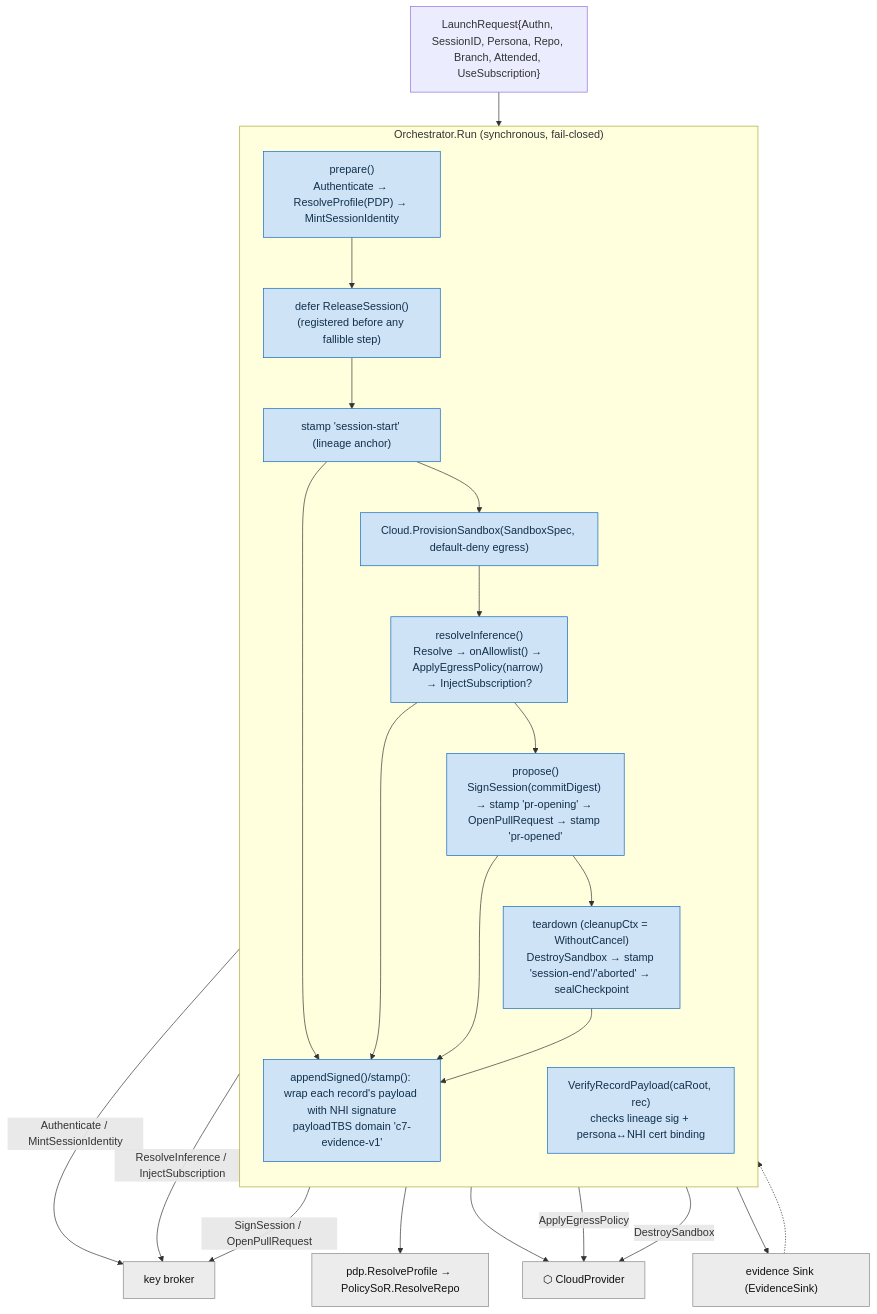
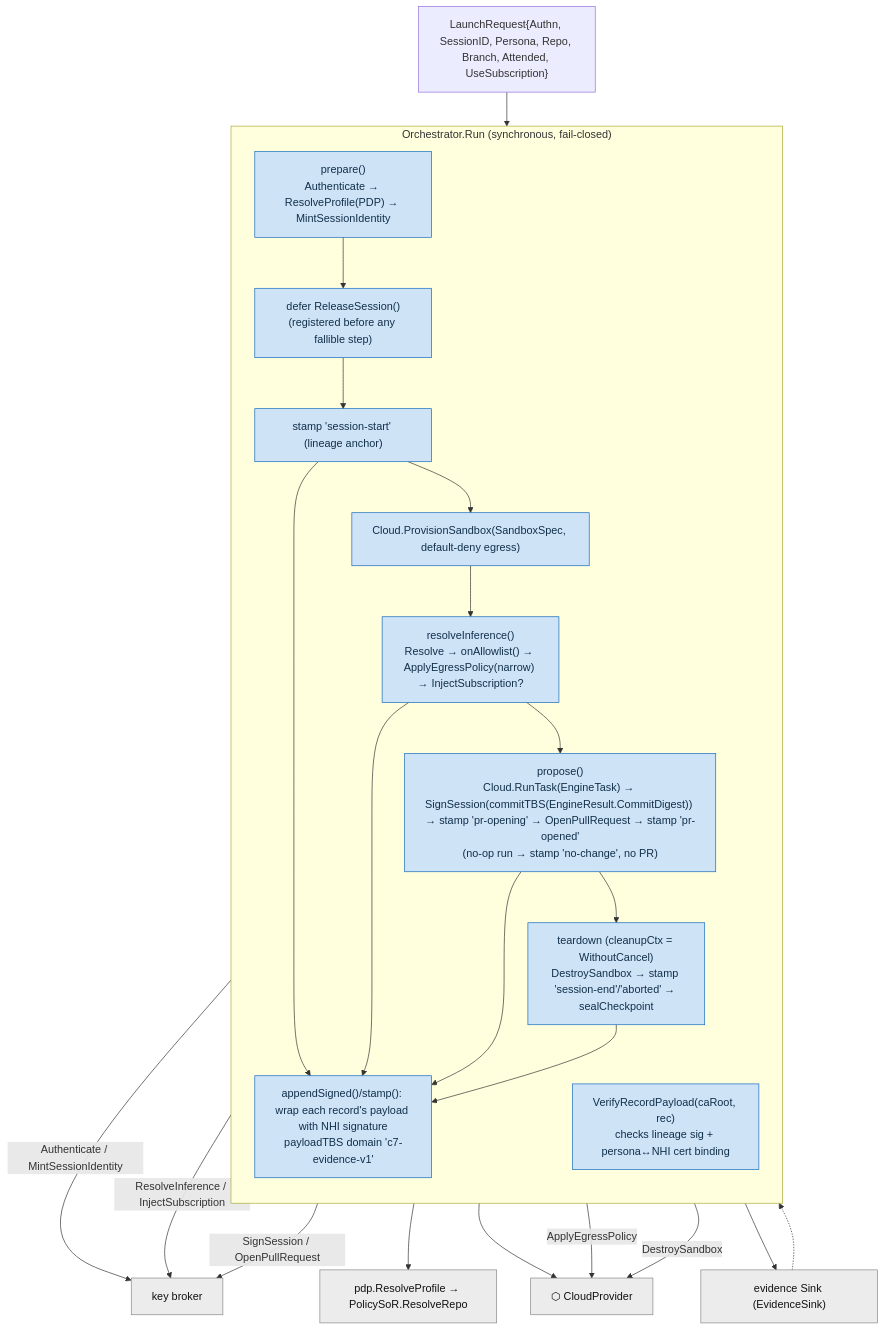
The second of 3 diagrams in docs/architecture/03-component-view.md (console7/console7), drawn with Mermaid before and after one commit. The commit also changed 20 other files, not shown here.

````diff
--- a/docs/architecture/03-component-view.md
+++ b/docs/architecture/03-component-view.md
@@ -89,39 +89,39 @@
 ```mermaid
 flowchart TB
   REQ["LaunchRequest{Authn, SessionID, Persona, Repo, Branch, Attended, UseSubscription}"]
 
   subgraph ORCH["Orchestrator.Run (synchronous, fail-closed)"]
     direction TB
     PREP["prepare()<br/>Authenticate &rarr; ResolveProfile(PDP) &rarr; MintSessionIdentity"]
     REL["defer ReleaseSession()<br/>(registered before any fallible step)"]
     ST1["stamp 'session-start' (lineage anchor)"]
     PROV["Cloud.ProvisionSandbox(SandboxSpec, default-deny egress)"]
     RINF["resolveInference()<br/>Resolve &rarr; onAllowlist() &rarr; ApplyEgressPolicy(narrow) &rarr; InjectSubscription?"]
-    PROP["propose()<br/>SignSession(commitDigest) &rarr; stamp 'pr-opening' &rarr; OpenPullRequest &rarr; stamp 'pr-opened'"]
+    PROP["propose()<br/>Cloud.RunTask(EngineTask) &rarr; SignSession(commitTBS(EngineResult.CommitDigest)) &rarr; stamp 'pr-opening' &rarr; OpenPullRequest &rarr; stamp 'pr-opened'<br/>(no-op run &rarr; stamp 'no-change', no PR)"]
     TDN["teardown (cleanupCtx = WithoutCancel)<br/>DestroySandbox &rarr; stamp 'session-end'/'aborted' &rarr; sealCheckpoint"]
     APP["appendSigned()/stamp(): wrap each record's payload with NHI signature<br/>payloadTBS domain 'c7-evidence-v1'"]
     VRP["VerifyRecordPayload(caRoot, rec)<br/>checks lineage sig + persona&harr;NHI cert binding"]
   end
 
   BRK["key broker"]
   PDPC["pdp.ResolveProfile &rarr; PolicySoR.ResolveRepo"]
   CLOUD["⬡ CloudProvider"]
   EVID["evidence Sink (EvidenceSink)"]
 
   REQ --> PREP
   PREP --> REL --> ST1 --> PROV --> RINF --> PROP --> TDN
   PREP -->|"Authenticate / MintSessionIdentity"| BRK
   PREP --> PDPC
   RINF -->|"ResolveInference / InjectSubscription"| BRK
   PROP -->|"SignSession / OpenPullRequest"| BRK
   PROV --> CLOUD
   RINF -->|"ApplyEgressPolicy"| CLOUD
   TDN -->|"DestroySandbox"| CLOUD
   ST1 & RINF & PROP & TDN --> APP --> EVID
   EVID -.-> VRP
 
   classDef tier1 fill:#cfe3f7,stroke:#1168bd,color:#11304a;
   classDef ext fill:#ececec,stroke:#888,color:#111;
   class PREP,REL,ST1,PROV,RINF,PROP,TDN,APP,VRP tier1;
   class BRK,PDPC,CLOUD,EVID ext;
 ```
````
